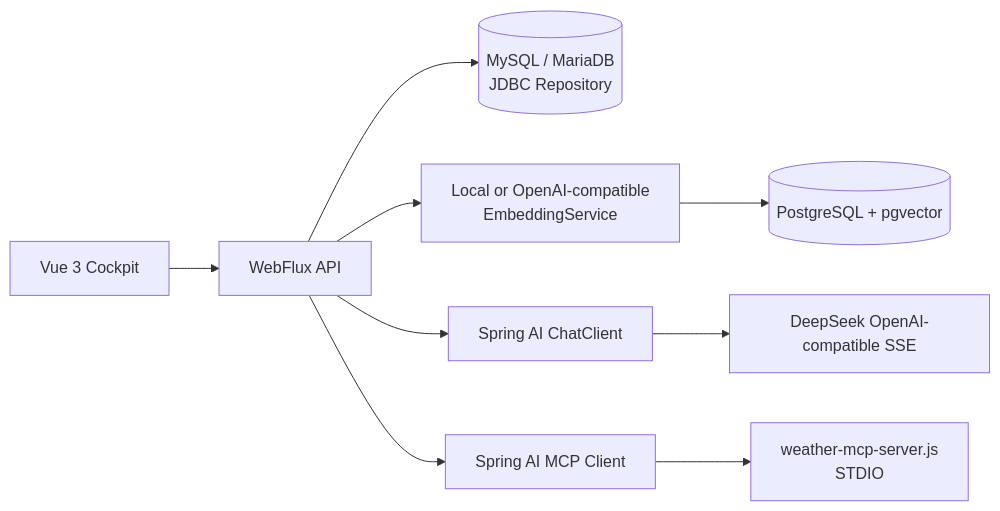
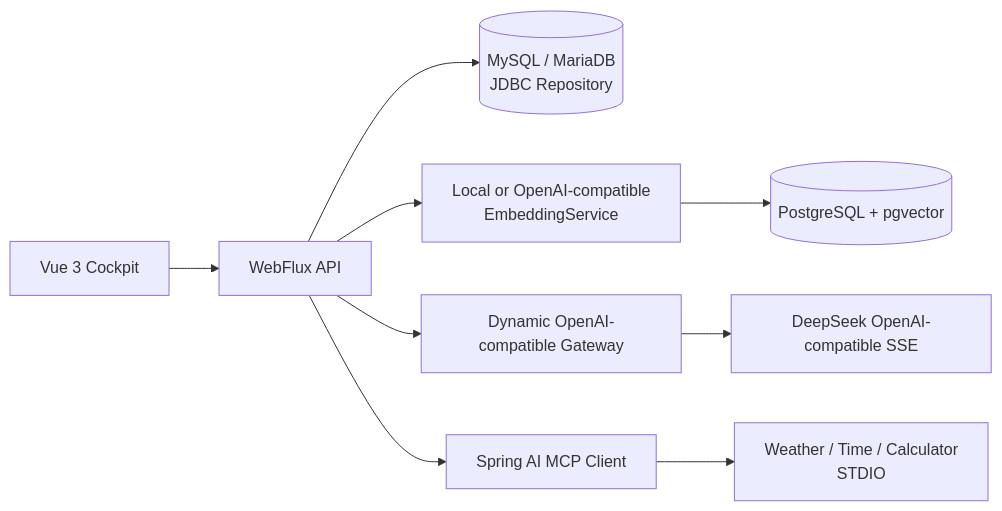
The diagram in README.md (caibinice/enterprise-ai-cockpit), drawn with Mermaid before and after one commit. The commit also changed other lines of this file and 46 other files, not shown here.

````diff
--- a/README.md
+++ b/README.md
@@ -21,11 +26,11 @@
 ```mermaid
 flowchart LR
   UI[Vue 3 Cockpit] --> API[WebFlux API]
   API --> MYSQL[(MySQL / MariaDB\nJDBC Repository)]
   API --> EMB[Local or OpenAI-compatible\nEmbeddingService]
   EMB --> PG[(PostgreSQL + pgvector)]
-  API --> AI[Spring AI ChatClient]
+  API --> AI[Dynamic OpenAI-compatible Gateway]
   AI --> DS[DeepSeek OpenAI-compatible SSE]
   API --> MCP[Spring AI MCP Client]
-  MCP --> WEATHER[weather-mcp-server.js\nSTDIO]
+  MCP --> TOOLS[Weather / Time / Calculator\nSTDIO]
 ```
````
